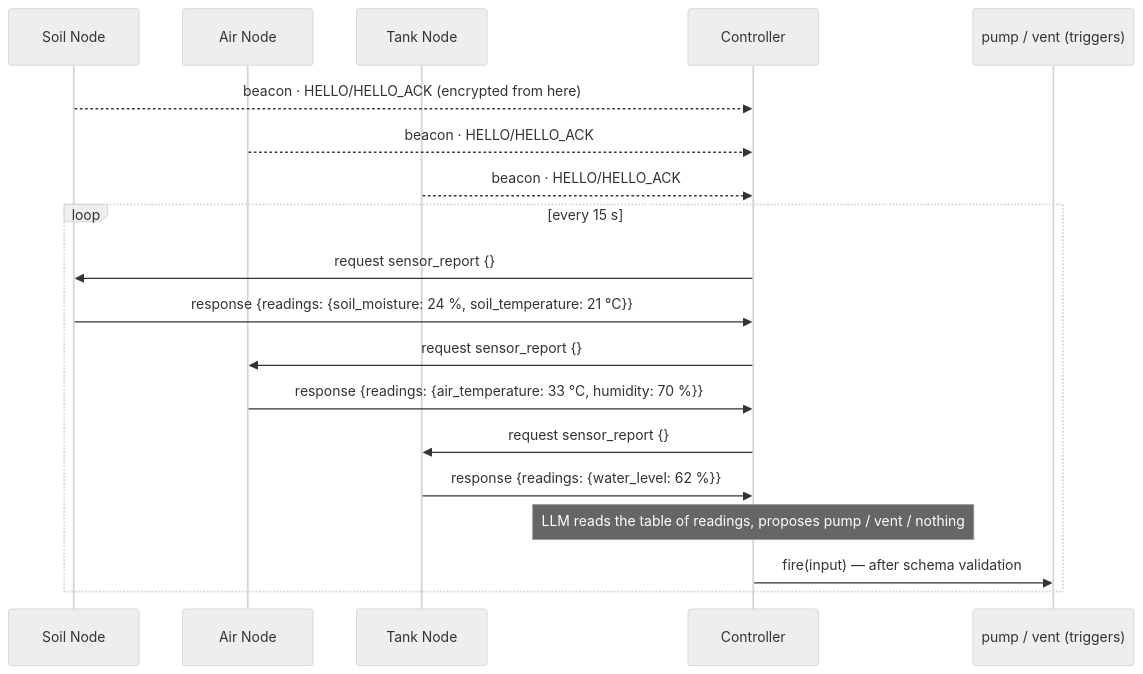
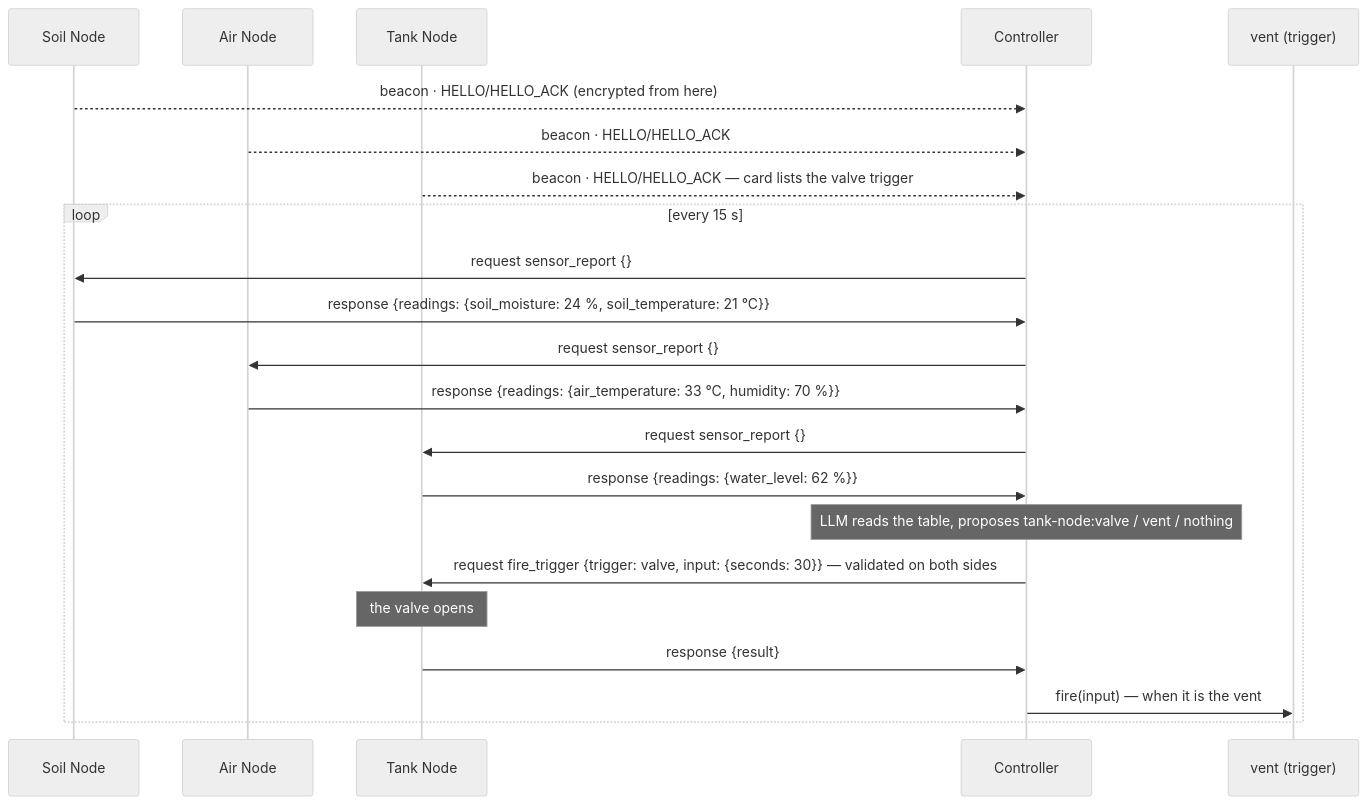
One commit to yzhbankov/loquor-aac changed the diagram in demo/greenhouse/README.md. Above: the diagram before and after it, drawn with Mermaid (neutral theme). The commit also changed other lines of this file and 20 other files, not shown here.

First line of the commit message:
Nodes offer triggers; agents fire them remotely

````diff
--- a/demo/greenhouse/README.md
+++ b/demo/greenhouse/README.md
@@ -22,21 +24,24 @@
 ```mermaid
 sequenceDiagram
     participant S as Soil Node
     participant A as Air Node
     participant T as Tank Node
     participant C as Controller
-    participant P as pump / vent (triggers)
+    participant V as vent (trigger)
     S-->>C: beacon · HELLO/HELLO_ACK (encrypted from here)
     A-->>C: beacon · HELLO/HELLO_ACK
-    T-->>C: beacon · HELLO/HELLO_ACK
+    T-->>C: beacon · HELLO/HELLO_ACK — card lists the valve trigger
     loop every 15 s
         C->>S: request sensor_report {}
         S->>C: response {readings: {soil_moisture: 24 %, soil_temperature: 21 °C}}
         C->>A: request sensor_report {}
         A->>C: response {readings: {air_temperature: 33 °C, humidity: 70 %}}
         C->>T: request sensor_report {}
         T->>C: response {readings: {water_level: 62 %}}
-        Note over C: LLM reads the table of readings, proposes pump / vent / nothing
-        C->>P: fire(input) — after schema validation
+        Note over C: LLM reads the table, proposes tank-node:valve / vent / nothing
+        C->>T: request fire_trigger {trigger: valve, input: {seconds: 30}} — validated on both sides
+        Note over T: the valve opens
+        T->>C: response {result}
+        C->>V: fire(input) — when it is the vent
     end
 ```
````
